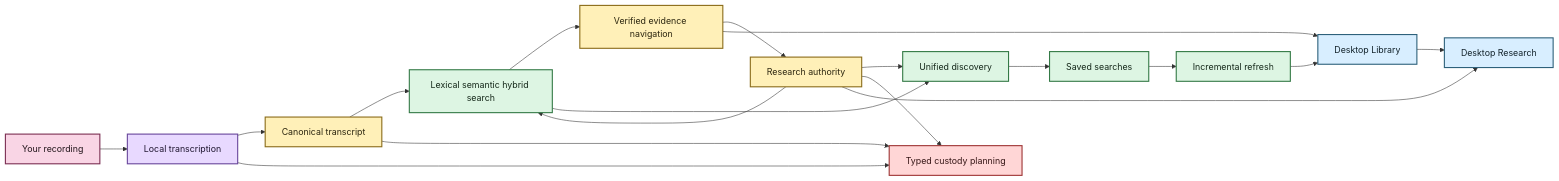
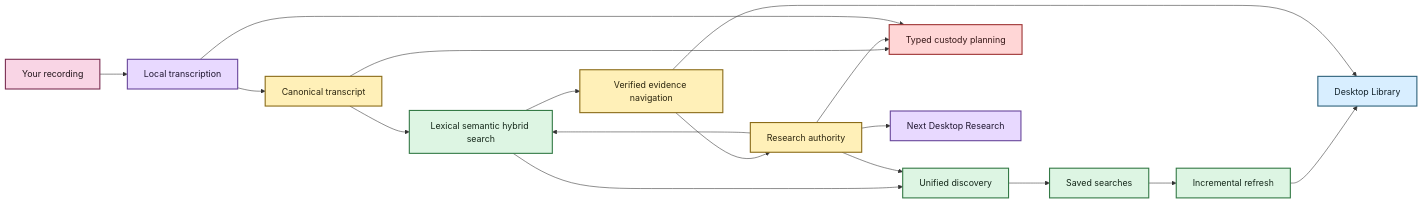
Before and after one commit to SSD1805/EchoFlow: the diagram in docs/README.md, drawn with Mermaid. The commit also changed other lines of this file, not shown here.

Commit message:
docs: align documentation lobby with current desktop state

````diff
--- a/docs/README.md
+++ b/docs/README.md
@@ -112,34 +68,34 @@
 ```mermaid
 flowchart LR
     A[Your recording] --> B[Local transcription]
     B --> C[Canonical transcript]
     C --> D[Lexical semantic hybrid search]
     D --> E[Verified evidence navigation]
     E --> F[Research authority]
     F --> D
     D --> G[Unified discovery]
     F --> G
     G --> H[Saved searches]
     C --> I[Typed custody planning]
     F --> I
     B --> I
     H --> J[Incremental refresh]
     J --> K[Desktop Library]
     E --> K
-    F --> L[Desktop Research]
-    K --> L
+    F --> L[Next Desktop Research]
 
     classDef source fill:#F9D5E5,stroke:#7B2E52,stroke-width:2px,color:#22151B
     classDef process fill:#E8D9FF,stroke:#68469B,stroke-width:2px,color:#1F1630
     classDef evidence fill:#FFF0B8,stroke:#8A6B18,stroke-width:2px,color:#2C260F
     classDef view fill:#DDF5E3,stroke:#347A46,stroke-width:2px,color:#142719
     classDef inspect fill:#D8EEFF,stroke:#2E617B,stroke-width:2px,color:#12222A
     classDef stop fill:#FFD6D6,stroke:#9E3434,stroke-width:2px,color:#351616
 
     class A source
     class B process
     class C,E,F evidence
     class D,G,H,J view
     class I stop
-    class K,L inspect
+    class K inspect
+    class L process
 ```
````
